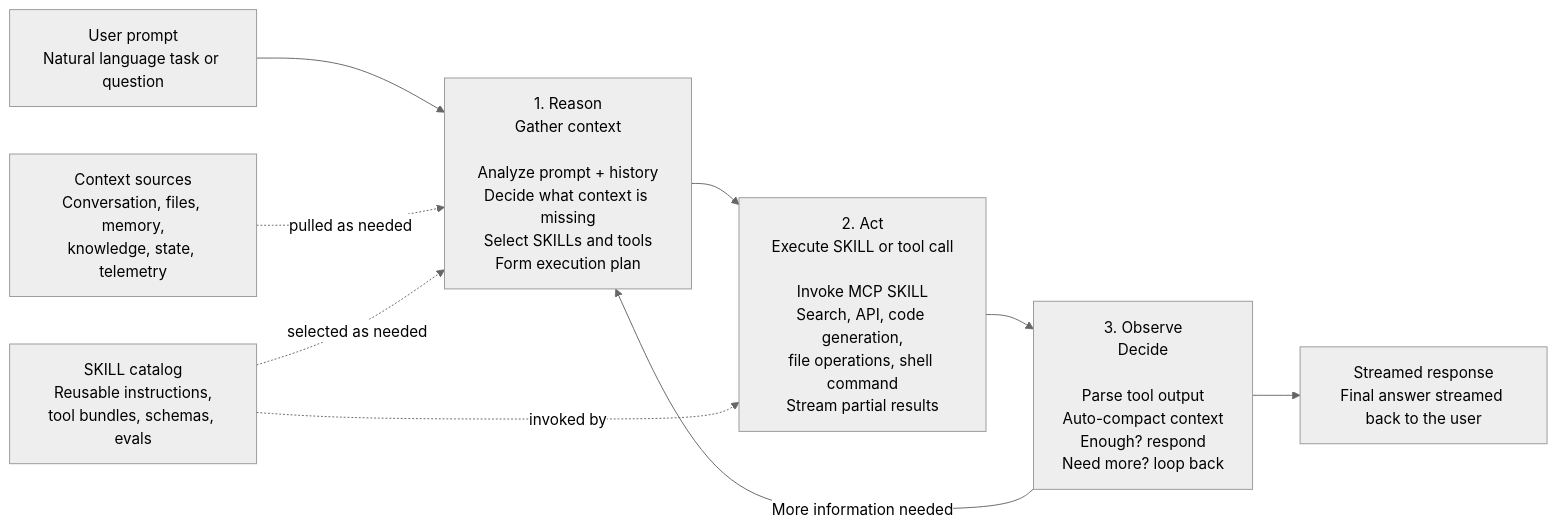
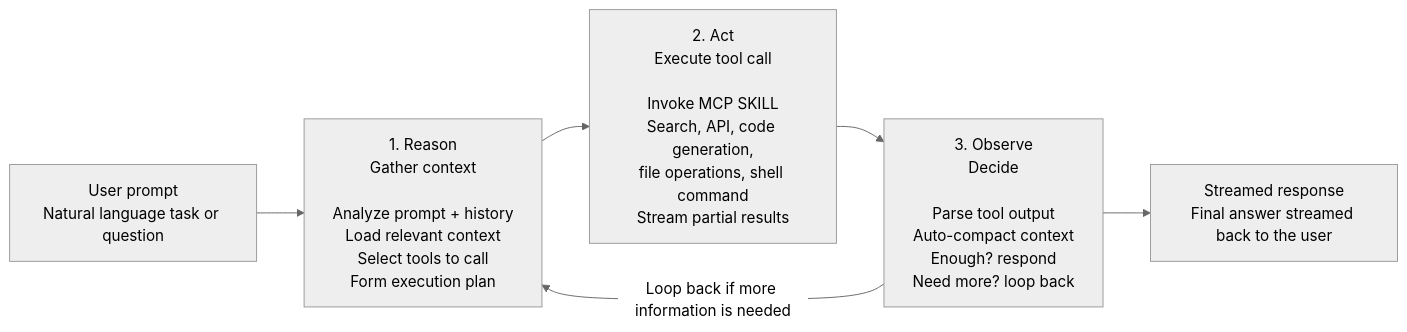
Before and after one commit to aiappsgbb/agentic-loop: the diagram in docs/concepts/agentic-loop.md, drawn with Mermaid (neutral theme).

Commit message:
Simplify agentic loop diagram

````diff
--- a/docs/concepts/agentic-loop.md
+++ b/docs/concepts/agentic-loop.md
@@ -7,16 +7,11 @@
 ```mermaid
 flowchart LR
   prompt[User prompt<br/>Natural language task or question]
-  context[Context sources<br/>Conversation, files, memory,<br/>knowledge, state, telemetry]
-  skills[SKILL catalog<br/>Reusable instructions,<br/>tool bundles, schemas, evals]
-  reason[1. Reason<br/>Gather context<br/><br/>Analyze prompt + history<br/>Decide what context is missing<br/>Select SKILLs and tools<br/>Form execution plan]
-  act[2. Act<br/>Execute SKILL or tool call<br/><br/>Invoke MCP SKILL<br/>Search, API, code generation,<br/>file operations, shell command<br/>Stream partial results]
+  reason[1. Reason<br/>Gather context<br/><br/>Analyze prompt + history<br/>Load relevant context<br/>Select tools to call<br/>Form execution plan]
+  act[2. Act<br/>Execute tool call<br/><br/>Invoke MCP SKILL<br/>Search, API, code generation,<br/>file operations, shell command<br/>Stream partial results]
   observe[3. Observe<br/>Decide<br/><br/>Parse tool output<br/>Auto-compact context<br/>Enough? respond<br/>Need more? loop back]
   response[Streamed response<br/>Final answer streamed back to the user]
 
   prompt --> reason --> act --> observe --> response
-  context -. pulled as needed .-> reason
-  skills -. selected as needed .-> reason
-  skills -. invoked by .-> act
-  observe -- More information needed --> reason
+  observe -- Loop back if more information is needed --> reason
 ```
````
